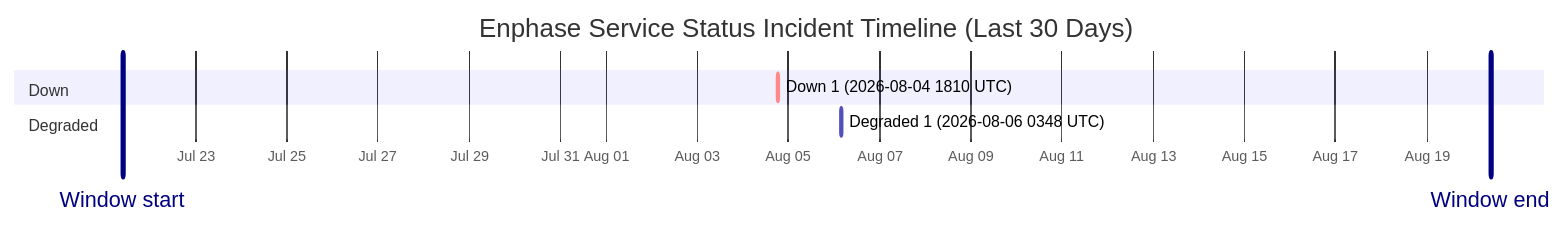
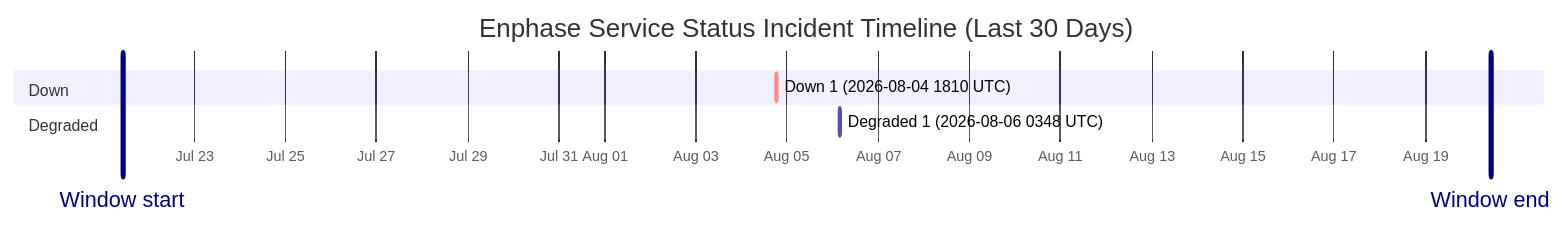
The diagram in wiki/Service-Status-History.md (barneyonline/ha-enphase-energy), drawn with Mermaid before and after one commit. The commit also changed other lines of this file and 3 other files, not shown here.

````diff
--- a/wiki/Service-Status-History.md
+++ b/wiki/Service-Status-History.md
@@ -14,12 +14,12 @@
 ```mermaid
 gantt
     title Enphase Service Status Incident Timeline (Last 30 Days)
     dateFormat  YYYY-MM-DDTHH:mm:ss
     axisFormat  %b %d
-    Window start :vert, window-start, 2026-07-21T09:31:56, 0ms
-    Window end :vert, window-end, 2026-08-20T09:31:56, 0ms
+    Window start :vert, window-start, 2026-07-21T10:27:40, 0ms
+    Window end :vert, window-end, 2026-08-20T10:27:40, 0ms
     section Down
     Down 1 (2026-08-04 1810 UTC) :crit, down-1, 2026-08-04T18:10:46, 60m
     section Degraded
     Degraded 1 (2026-08-06 0348 UTC) :active, degraded-1, 2026-08-06T03:48:14, 60m
 ```
````
